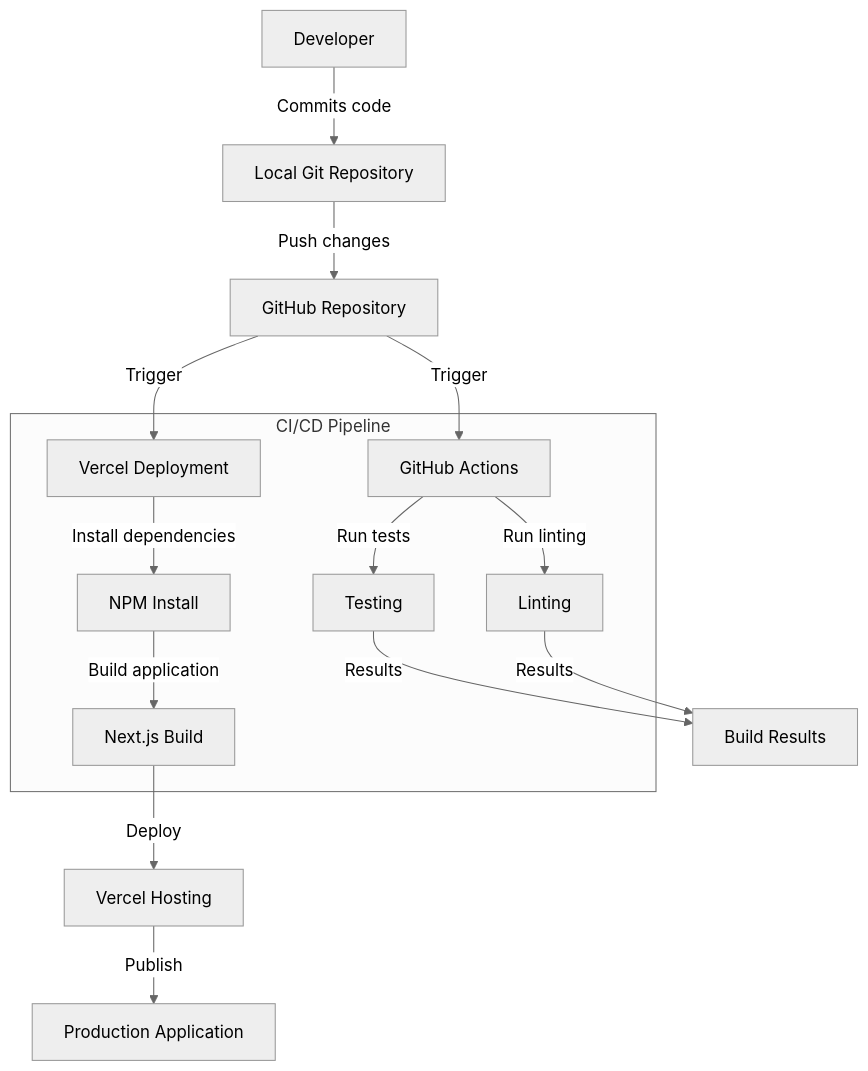
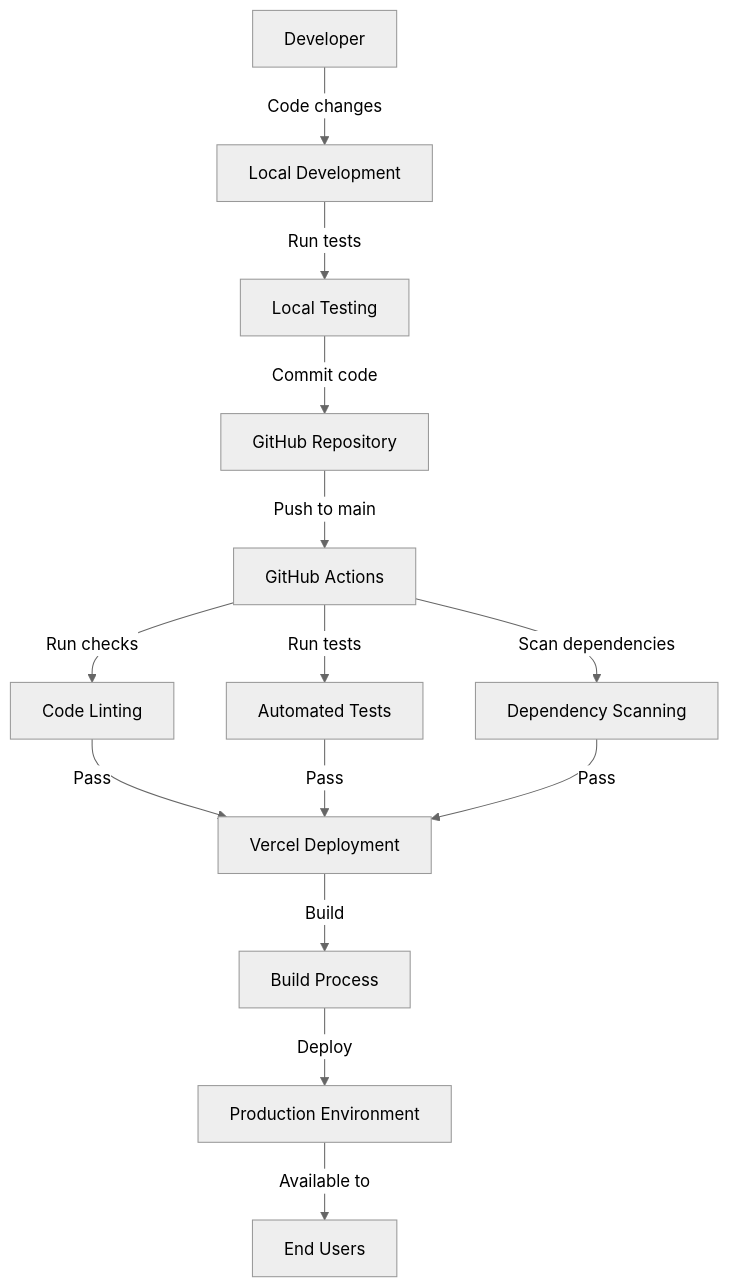
Before and after one commit to xvnpw/ai-security-analyzer: the fourth of 4 diagrams in examples/github-sec-design-screenshot-to-code-anthropicclaude-3.7-sonnetthinking.md, drawn with Mermaid (neutral theme). The commit also changed other lines of this file and 30 other files, not shown here.

````diff
--- a/examples/github-sec-design-screenshot-to-code-anthropicclaude-3.7-sonnetthinking.md
+++ b/examples/github-sec-design-screenshot-to-code-anthropicclaude-3.7-sonnetthinking.md
@@ -179,28 +146,16 @@
 ```mermaid
 graph TD
-    Developer[Developer] -->|Commits code| LocalRepo[Local Git Repository]
-    LocalRepo -->|Push changes| GitHub[GitHub Repository]
-    GitHub -->|Trigger| GithubActions[GitHub Actions]
-    GitHub -->|Trigger| VercelDeploy[Vercel Deployment]
-
-    GithubActions -->|Run tests| Testing[Testing]
-    GithubActions -->|Run linting| Linting[Linting]
-
-    Testing -->|Results| BuildResults[Build Results]
-    Linting -->|Results| BuildResults
-
-    VercelDeploy -->|Install dependencies| NPMInstall[NPM Install]
-    NPMInstall -->|Build application| NextBuild[Next.js Build]
-    NextBuild -->|Deploy| VercelHosting[Vercel Hosting]
-
-    VercelHosting -->|Publish| ProductionApp[Production Application]
-
-    subgraph "CI/CD Pipeline"
-        GithubActions
-        VercelDeploy
-        Testing
-        Linting
-        NPMInstall
-        NextBuild
-    end
+    Developer[Developer] -->|Code changes| LocalDev[Local Development]
+    LocalDev -->|Run tests| LocalTests[Local Testing]
+    LocalTests -->|Commit code| GitRepo[GitHub Repository]
+    GitRepo -->|Push to main| GHActions[GitHub Actions]
+    GHActions -->|Run checks| Linting[Code Linting]
+    GHActions -->|Run tests| Testing[Automated Tests]
+    GHActions -->|Scan dependencies| DependencyCheck[Dependency Scanning]
+    Linting -->|Pass| VercelDeploy[Vercel Deployment]
+    Testing -->|Pass| VercelDeploy
+    DependencyCheck -->|Pass| VercelDeploy
+    VercelDeploy -->|Build| VercelBuild[Build Process]
+    VercelBuild -->|Deploy| Production[Production Environment]
+    Production -->|Available to| Users[End Users]
 ```
````
